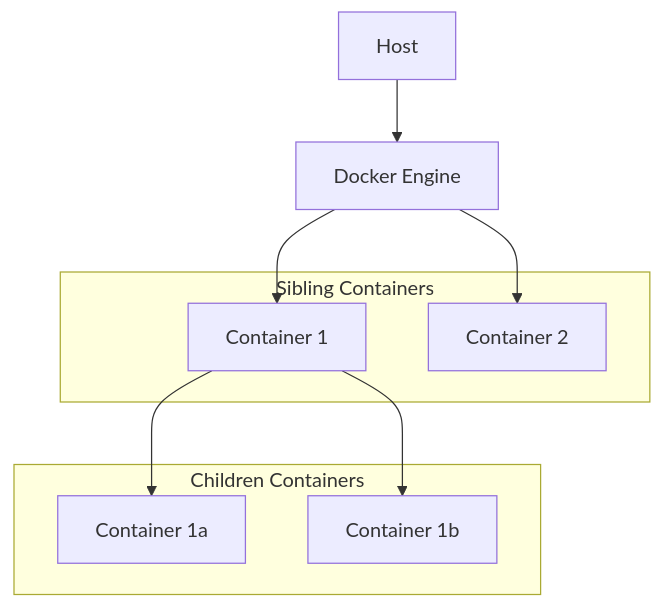
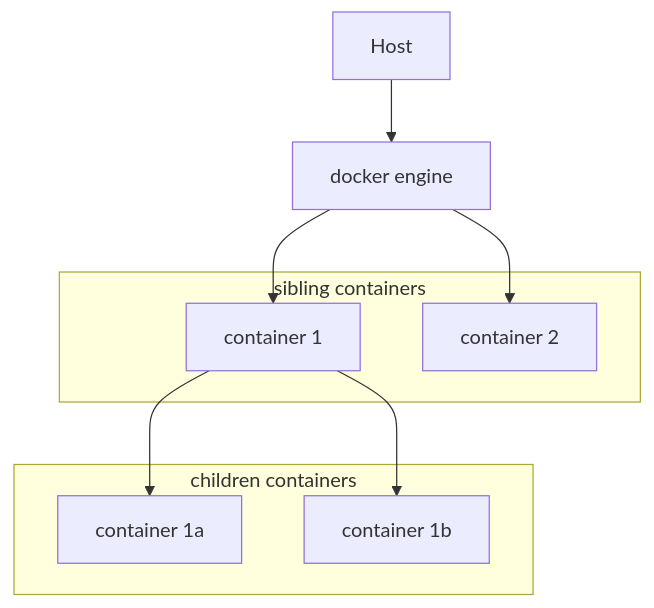
One commit to causify-ai/helpers changed the sixth of 6 diagrams in docs/work_tools/all.runnable_repo.reference.md. Above: the diagram before and after it, drawn with Mermaid. The commit also changed other lines of this file, not shown here.

````diff
--- a/docs/work_tools/all.runnable_repo.reference.md
+++ b/docs/work_tools/all.runnable_repo.reference.md
@@ -274,18 +275,18 @@
 ```mermaid
 graph TD
     host[Host]
-    docker_engine[Docker Engine]
-    subgraph sibling_container["Sibling Containers"]
-        container_1[Container 1]
-        container_2[Container 2]
+    docker_engine[docker engine]
+    subgraph sibling_container["sibling containers"]
+        container_1[container 1]
+        container_2[container 2]
     end
-    subgraph children_container["Children Containers"]
-        container_1a[Container 1a]
-        container_1b[Container 1b]
+    subgraph children_container["children containers"]
+        container_1a[container 1a]
+        container_1b[container 1b]
     end
     host --> docker_engine
     docker_engine --> container_1
     docker_engine --> container_2
     container_1 --> container_1a
     container_1 --> container_1b
 ```
````
